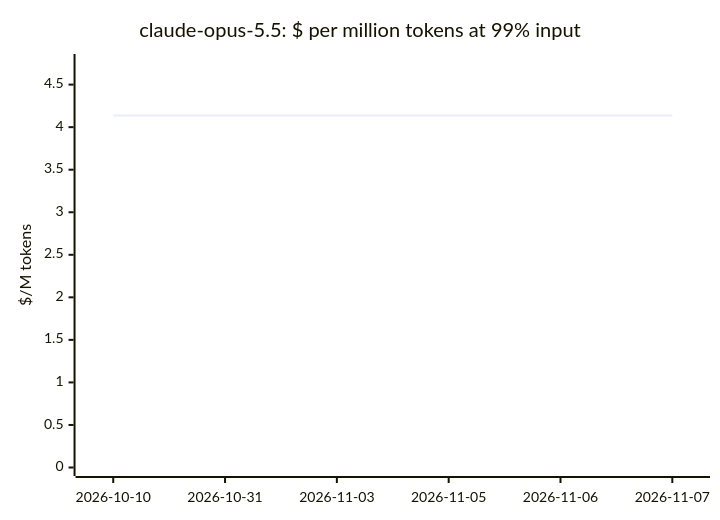
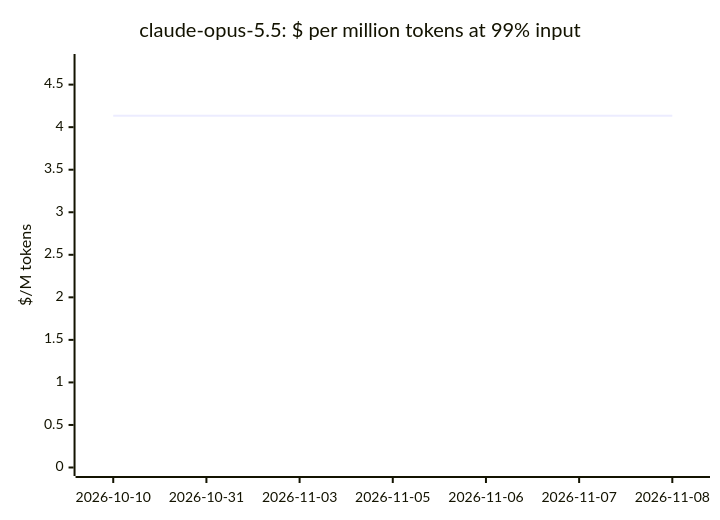
One commit to cklukas/OMEGA_TRANSFORM changed the fourth of 20 diagrams in docs/openrouter-models.md. Above: the diagram before and after it, drawn with Mermaid. The commit also changed other lines of this file and 47 other files, not shown here.

````diff
--- a/docs/openrouter-models.md
+++ b/docs/openrouter-models.md
@@ -167,7 +168,7 @@
 ```mermaid
 xychart-beta
     title "claude-opus-5.5: $ per million tokens at 99% input"
-    x-axis ["2026-10-10", "2026-10-31", "2026-11-03", "2026-11-05", "2026-11-06", "2026-11-07"]
+    x-axis ["2026-10-10", "2026-10-31", "2026-11-03", "2026-11-05", "2026-11-06", "2026-11-07", "2026-11-08"]
     y-axis "$/M tokens" 0 --> 4.76
-    line [4.138, 4.138, 4.138, 4.138, 4.138, 4.138]
+    line [4.135, 4.135, 4.135, 4.135, 4.135, 4.135, 4.135]
 ```
````
